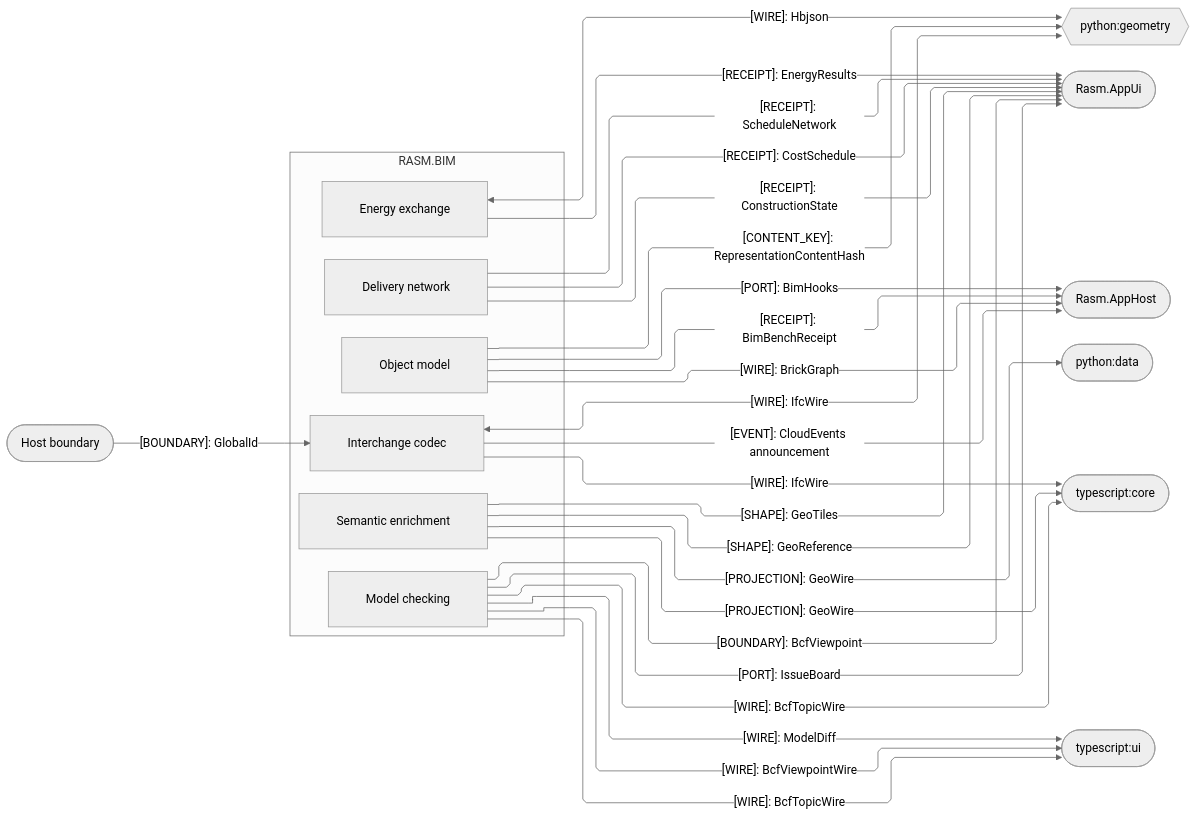
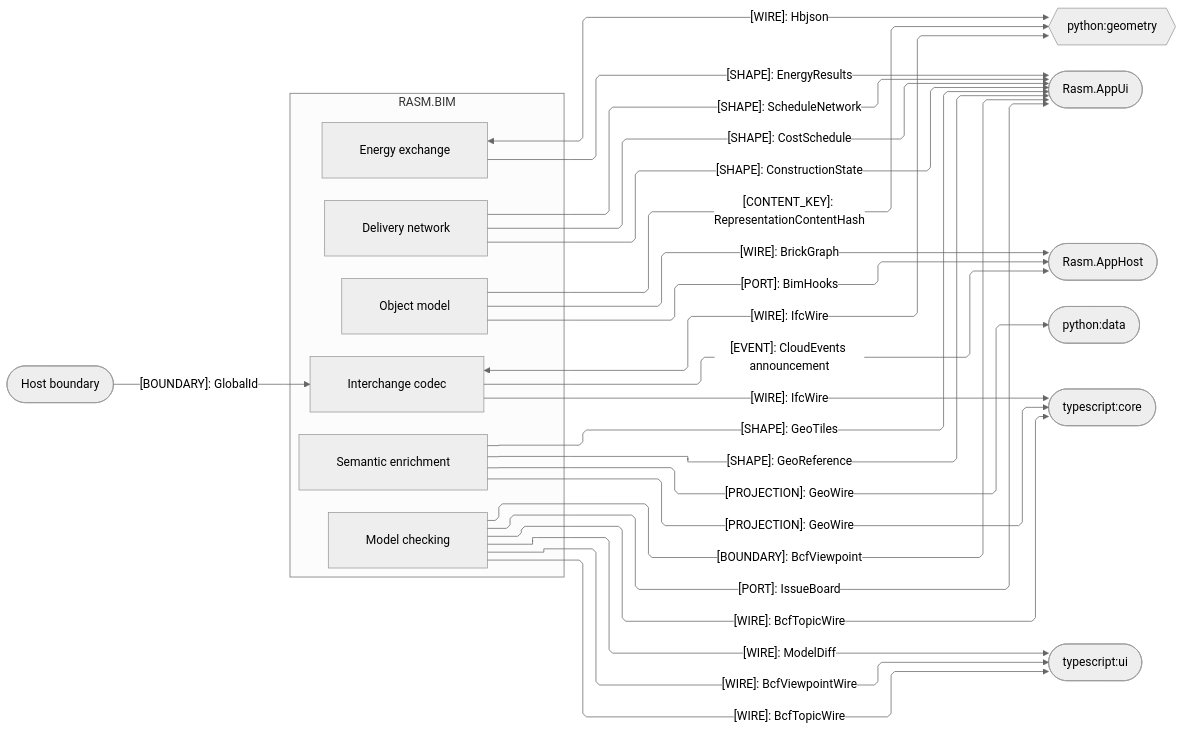
The third of 4 diagrams in libs/dotnet/Rasm.Bim/ARCHITECTURE.md (bsamiee/Rasm), drawn with Mermaid (neutral theme) before and after one commit. The commit also changed other lines of this file and 1417 other files, not shown here.

````diff
--- a/libs/dotnet/Rasm.Bim/ARCHITECTURE.md
+++ b/libs/dotnet/Rasm.Bim/ARCHITECTURE.md
@@ -195,50 +194,49 @@
 ```mermaid
 ---
 config:
   layout: elk
   flowchart:
     curve: linear
     padding: 25
 ---
 flowchart LR
     accTitle: Bim cross-runtime, presentation, and host seams
     accDescr: Which kinded contracts cross between Bim's owners and the cross-runtime peers, the app platform, and the host boundary.
     subgraph bim[RASM.BIM]
         Model[Object model]
         Semantics[Semantic enrichment]
         Exchange[Interchange codec]
         Review[Model checking]
         Energy[Energy exchange]
         Planning[Delivery network]
     end
     Geometry{{python:geometry}}
     AppUi([Rasm.AppUi])
     AppHost([Rasm.AppHost])
     Host([Host boundary])
     Data([python:data])
     Core([typescript:core])
     Ui([typescript:ui])
     Exchange e1@<-->|"[WIRE]: IfcWire"| Geometry
     Model e2@-->|"[CONTENT_KEY]: RepresentationContentHash"| Geometry
     Energy e4@<-->|"[WIRE]: Hbjson"| Geometry
-    Energy e5@-->|"[RECEIPT]: EnergyResults"| AppUi
+    Energy e5@-->|"[SHAPE]: EnergyResults"| AppUi
     Semantics e6@-->|"[SHAPE]: GeoTiles"| AppUi
     Semantics e7@-->|"[SHAPE]: GeoReference"| AppUi
-    Planning e8@-->|"[RECEIPT]: ScheduleNetwork"| AppUi
-    Planning e9@-->|"[RECEIPT]: CostSchedule"| AppUi
-    Planning e10@-->|"[RECEIPT]: ConstructionState"| AppUi
+    Planning e8@-->|"[SHAPE]: ScheduleNetwork"| AppUi
+    Planning e9@-->|"[SHAPE]: CostSchedule"| AppUi
+    Planning e10@-->|"[SHAPE]: ConstructionState"| AppUi
     Review e11@-->|"[PORT]: IssueBoard"| AppUi
     Review e12@-->|"[BOUNDARY]: BcfViewpoint"| AppUi
     Model e13@-->|"[PORT]: BimHooks"| AppHost
-    Model e14@-->|"[RECEIPT]: BimBenchReceipt"| AppHost
     Model e15@-->|"[WIRE]: BrickGraph"| AppHost
     Exchange e16@-->|"[EVENT]: CloudEvents announcement"| AppHost
     Host e17@-->|"[BOUNDARY]: GlobalId"| Exchange
     Semantics e18@-->|"[PROJECTION]: GeoWire"| Data
     Exchange e20@-->|"[WIRE]: IfcWire"| Core
     Review e21@-->|"[WIRE]: BcfTopicWire"| Core
     Semantics e22@-->|"[PROJECTION]: GeoWire"| Core
     Review e23@-->|"[WIRE]: BcfTopicWire"| Ui
     Review e24@-->|"[WIRE]: BcfViewpointWire"| Ui
     Review e25@-->|"[WIRE]: ModelDiff"| Ui
 ```
````
